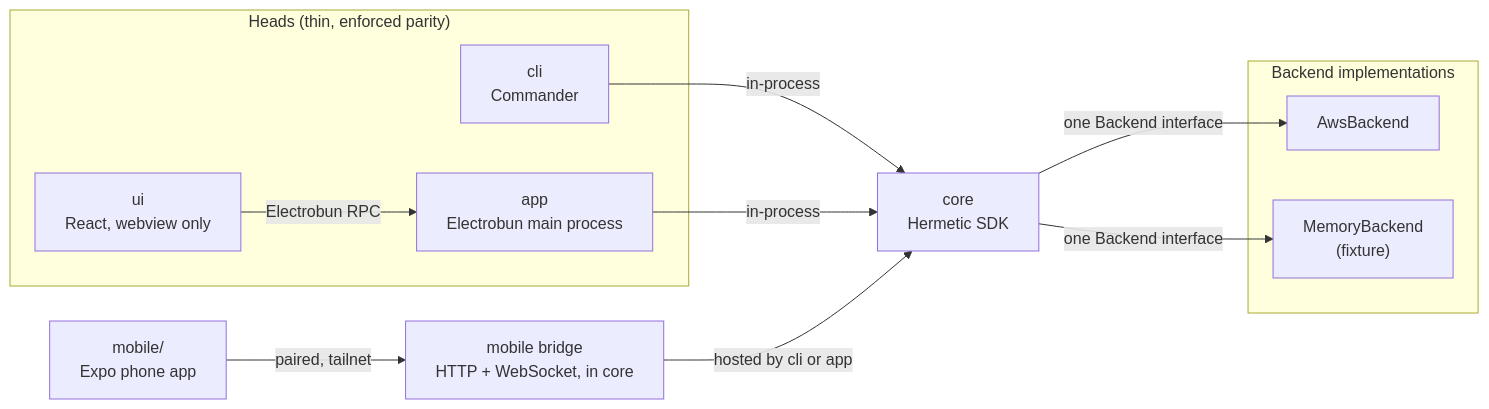
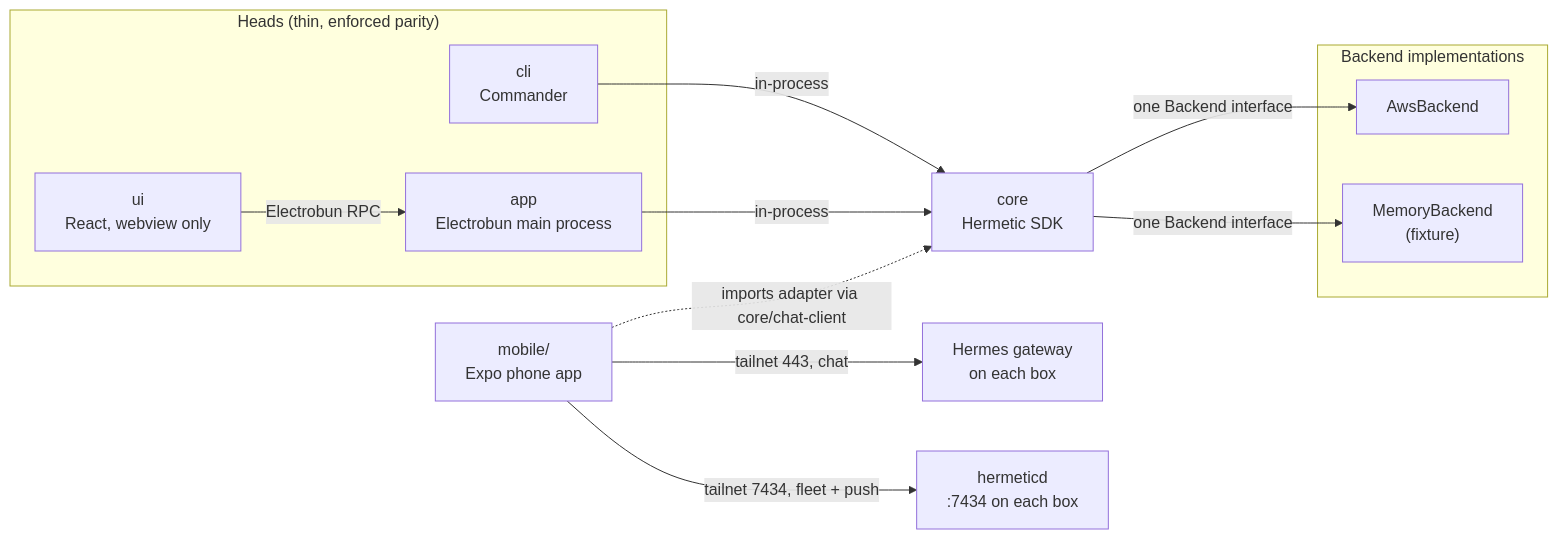
One commit to esopian/hermetic changed the diagram in docs/architecture.md. Above: the diagram before and after it, drawn with Mermaid. The commit also changed other lines of this file and 71 other files, not shown here.

First line of the commit message:
refactor: drop the laptop mobile bridge, add chat-client door

````diff
--- a/docs/architecture.md
+++ b/docs/architecture.md
@@ -7,23 +7,25 @@
 ```mermaid
 flowchart LR
     subgraph heads["Heads (thin, enforced parity)"]
         cli["cli\nCommander"]
         app["app\nElectrobun main process"]
         ui["ui\nReact, webview only"]
     end
     core["core\nHermetic SDK"]
-    bridge["mobile bridge\nHTTP + WebSocket, in core"]
     phone["mobile/\nExpo phone app"]
+    gw["Hermes gateway\non each box"]
+    hd["hermeticd\n:7434 on each box"]
     subgraph backends["Backend implementations"]
         aws["AwsBackend"]
         mem["MemoryBackend\n(fixture)"]
     end
 
     cli -- "in-process" --> core
     app -- "in-process" --> core
     ui -- "Electrobun RPC" --> app
-    phone -- "paired, tailnet" --> bridge
-    bridge -- "hosted by cli or app" --> core
+    phone -- "tailnet 443, chat" --> gw
+    phone -- "tailnet 7434, fleet + push" --> hd
+    phone -. "imports adapter via core/chat-client" .-> core
     core -- "one Backend interface" --> aws
     core -- "one Backend interface" --> mem
 ```
````
